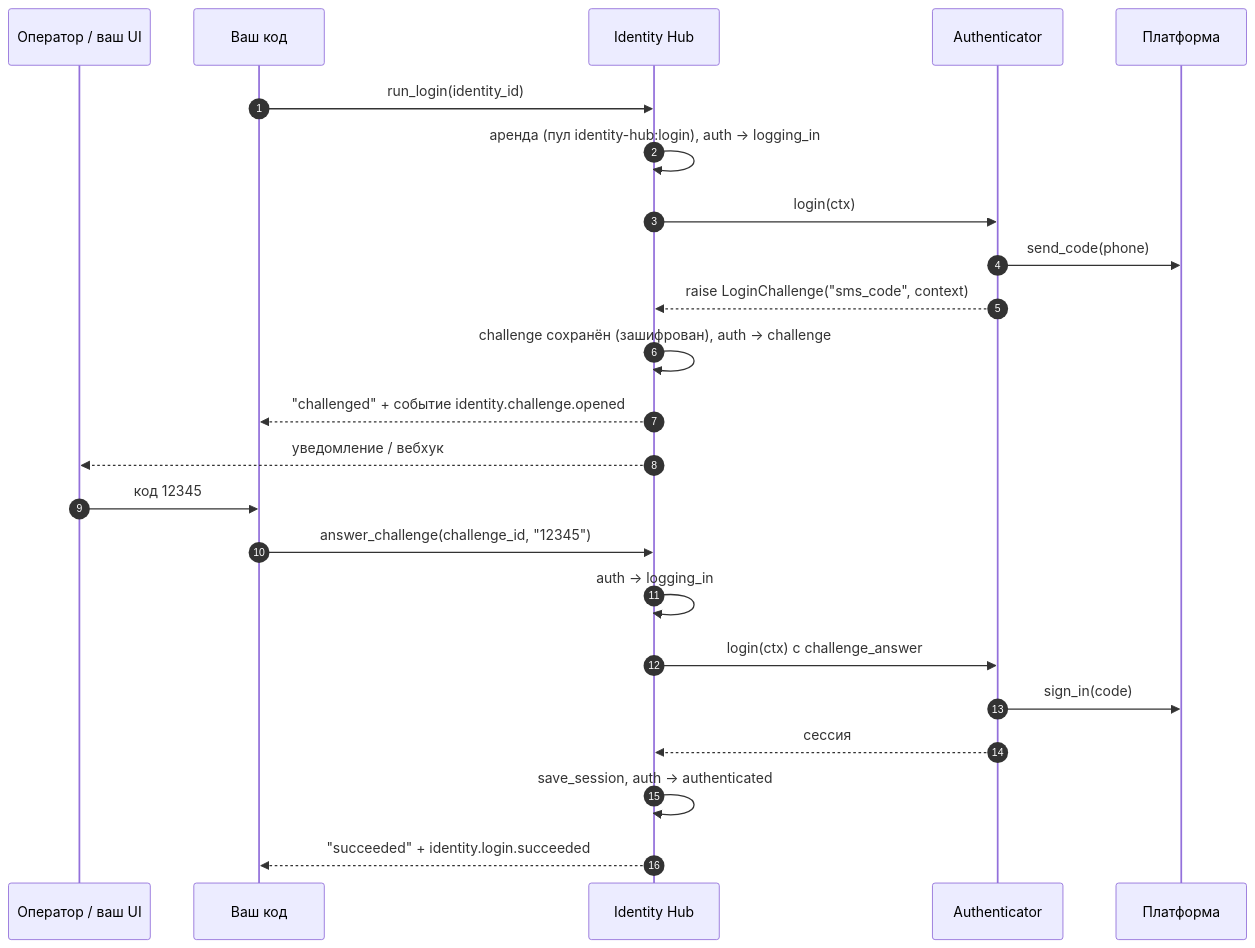
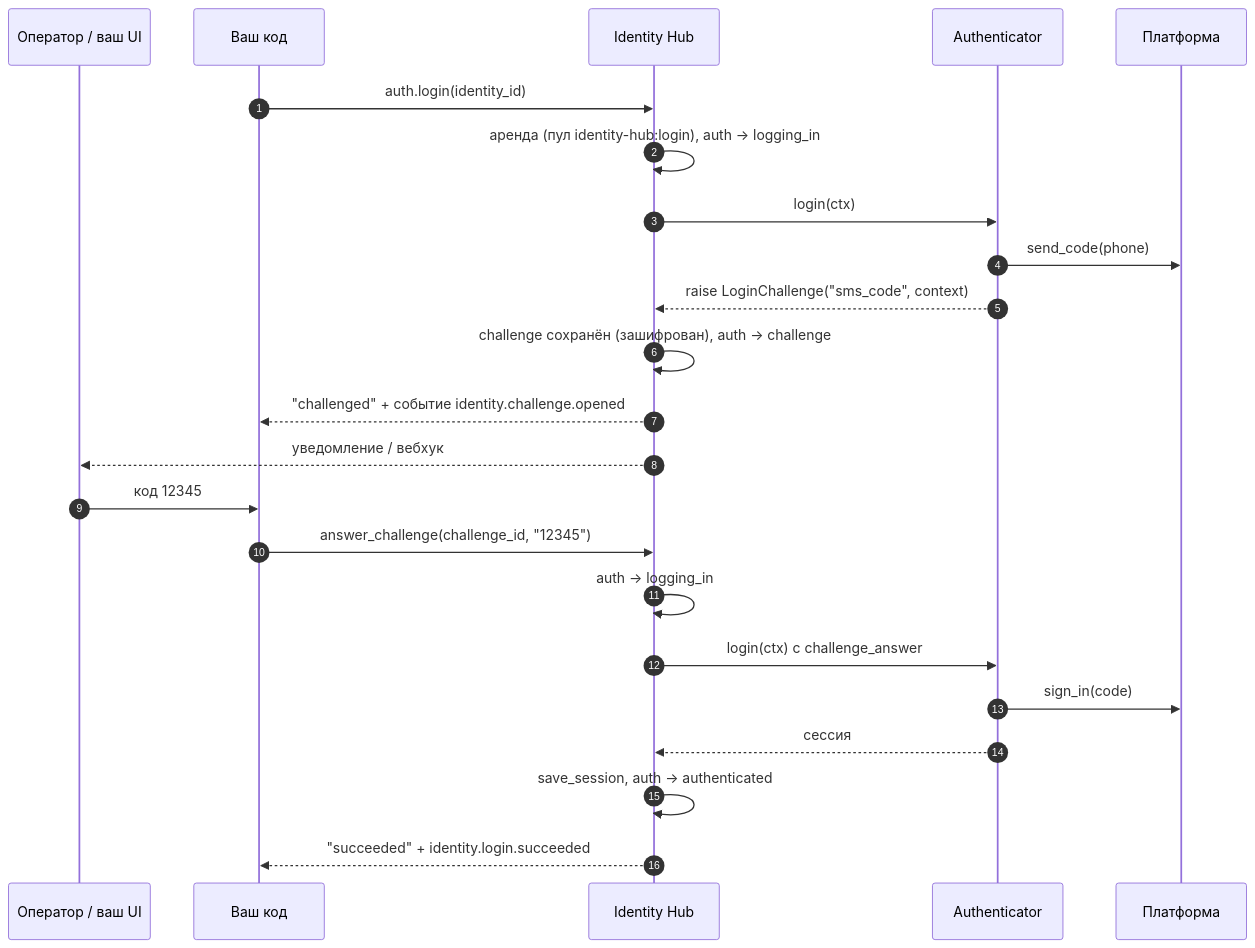
The diagram in docs/guide/05-login.md (0cherednoq/identity-hub), drawn with Mermaid before and after one commit. The commit also changed other lines of this file and 20 other files, not shown here.

````diff
--- a/docs/guide/05-login.md
+++ b/docs/guide/05-login.md
@@ -60,26 +60,26 @@
 ```mermaid
 sequenceDiagram
     autonumber
     participant Op as Оператор / ваш UI
     participant App as Ваш код
     participant Hub as Identity Hub
     participant Auth as Authenticator
     participant Pl as Платформа
 
-    App->>Hub: run_login(identity_id)
+    App->>Hub: auth.login(identity_id)
     Hub->>Hub: аренда (пул identity-hub:login), auth → logging_in
     Hub->>Auth: login(ctx)
     Auth->>Pl: send_code(phone)
     Auth-->>Hub: raise LoginChallenge("sms_code", context)
     Hub->>Hub: challenge сохранён (зашифрован), auth → challenge
     Hub-->>App: "challenged" + событие identity.challenge.opened
     Hub-->>Op: уведомление / вебхук
     Op->>App: код 12345
     App->>Hub: answer_challenge(challenge_id, "12345")
     Hub->>Hub: auth → logging_in
     Hub->>Auth: login(ctx) с challenge_answer
     Auth->>Pl: sign_in(code)
     Auth-->>Hub: сессия
     Hub->>Hub: save_session, auth → authenticated
     Hub-->>App: "succeeded" + identity.login.succeeded
 ```
````
